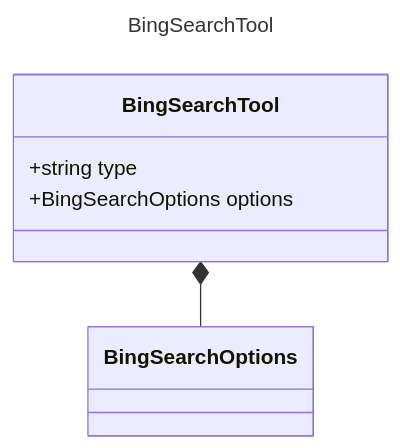
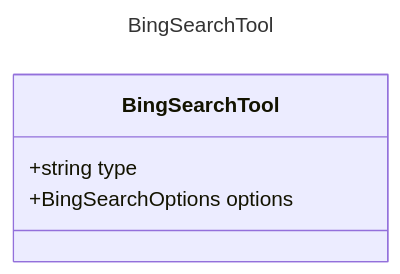
Before and after one commit to microsoft/prompty: the diagram in specification/prompty/docs/BingSearchTool.md, drawn with Mermaid. The commit also changed 22 other files, not shown here.

Commit message:
corrected class diagrams

````diff
--- a/specification/prompty/docs/BingSearchTool.md
+++ b/specification/prompty/docs/BingSearchTool.md
@@ -7,11 +7,10 @@
 ```mermaid
 ---
 title: BingSearchTool
 ---
 classDiagram
     class BingSearchTool {
         +string type
         +BingSearchOptions options
     }
-    BingSearchTool *-- BingSearchOptions
 ```
````
